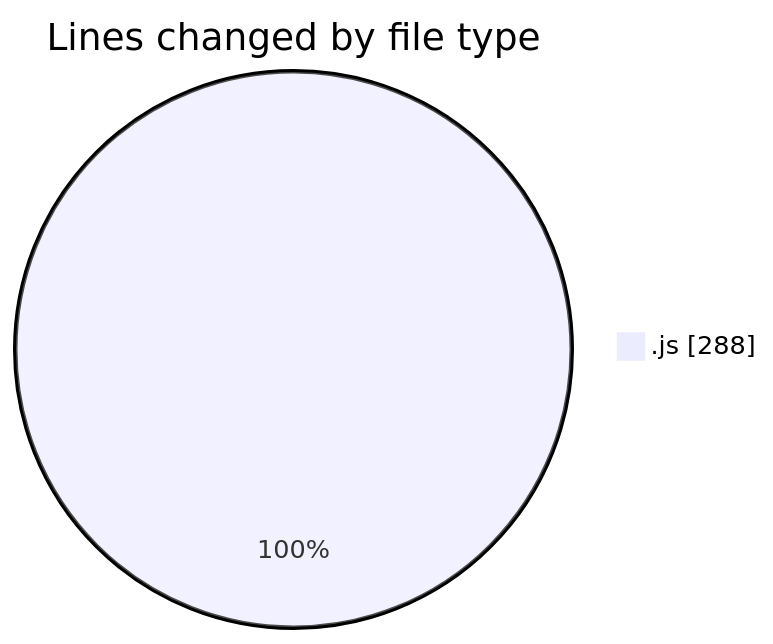
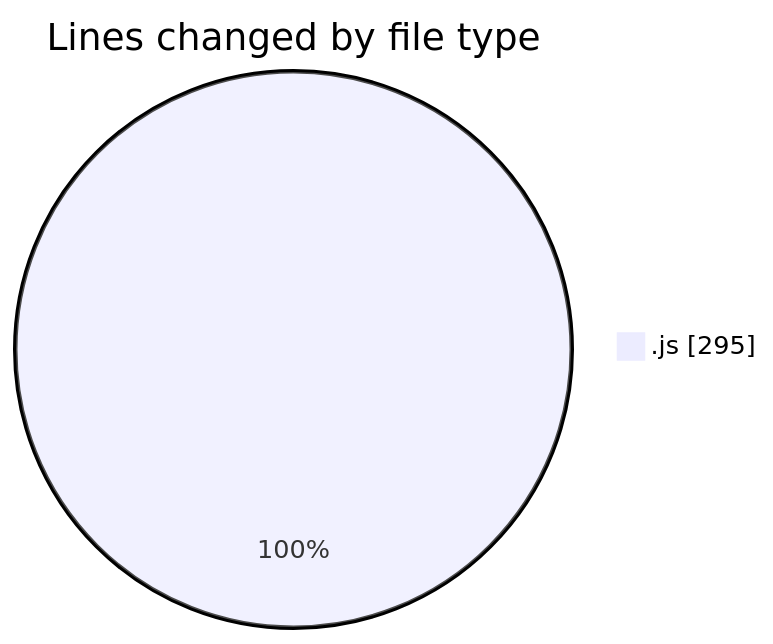
One commit to nxtqubesakshisongat/code-tracking changed the first of 2 diagrams in 2025-04-16/nxtqube_webapp/README.md. Above: the diagram before and after it, drawn with Mermaid. The commit also changed other lines of this file and 1 other file, not shown here.

````diff
--- a/2025-04-16/nxtqube_webapp/README.md
+++ b/2025-04-16/nxtqube_webapp/README.md
@@ -20,5 +20,5 @@
 ```mermaid
 pie showData
 title Lines changed by file type
-".js" : 288
+".js" : 295
 ```
````
